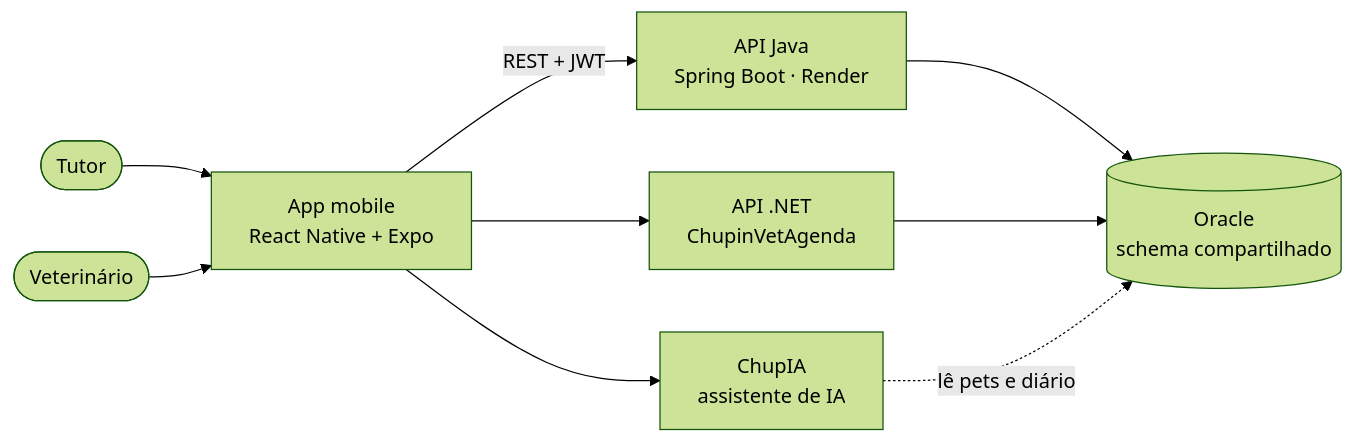
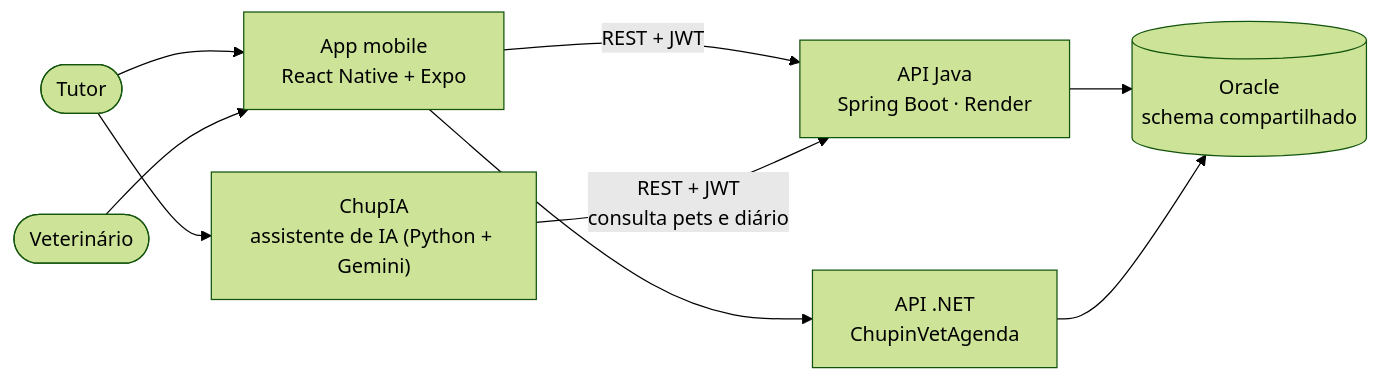
One commit to ChupinVet/JavaChallenge changed the diagram in README.md. Above: the diagram before and after it, drawn with Mermaid (forest theme). The commit also changed other lines of this file, not shown here.

Commit message:
UPDT: links dos vídeos, o que mudou na Sprint 4 e integração com o ChupIA

````diff
--- a/README.md
+++ b/README.md
@@ -65,11 +66,11 @@
 ```mermaid
 flowchart LR
     T([Tutor]) --> APP
     V([Veterinário]) --> APP
     APP["App mobile<br/>React Native + Expo"] -- "REST + JWT" --> JAVA["API Java<br/>Spring Boot · Render"]
     APP --> NET["API .NET<br/>ChupinVetAgenda"]
-    APP --> IA["ChupIA<br/>assistente de IA"]
     JAVA --> DB[("Oracle<br/>schema compartilhado")]
     NET --> DB
-    IA -. "lê pets e diário" .-> DB
+    T --> IA["ChupIA<br/>assistente de IA (Python + Gemini)"]
+    IA -- "REST + JWT<br/>consulta pets e diário" --> JAVA
 ```
````
